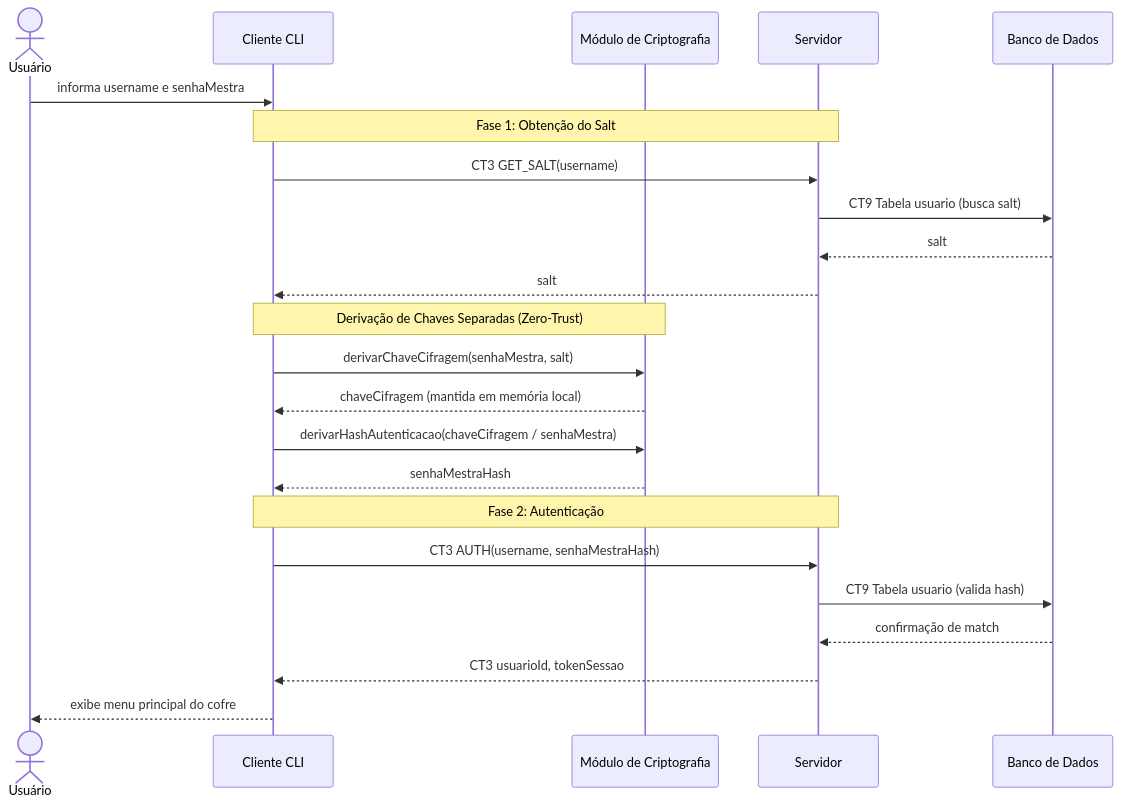
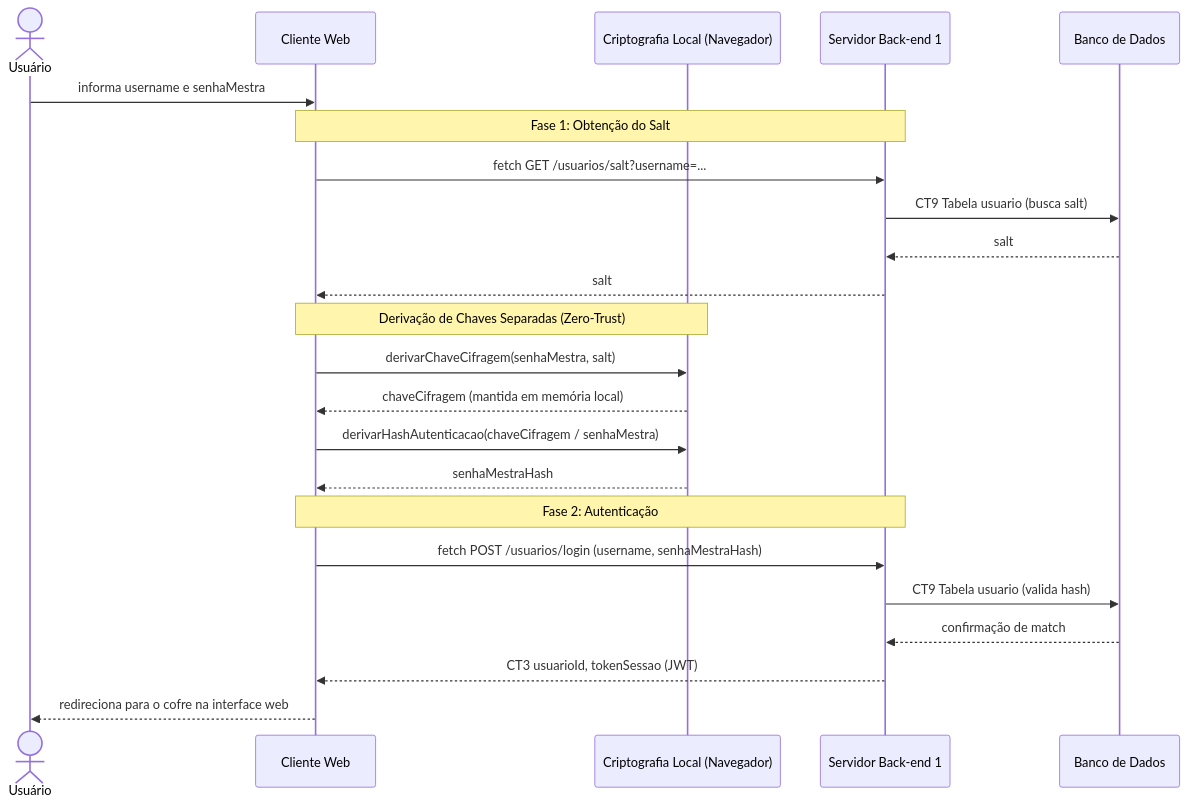
One commit to egili/pi4-0101-g6-frontend changed the diagram in docs/fluxos/E3-autenticacao.md. Above: the diagram before and after it, drawn with Mermaid. The commit also changed other lines of this file and 11 other files, not shown here.

Commit message:
fix(cliente): remove referencias a CLI e consolida front-end web com API e cifragem local (refs #834, TASK H05.3)

````diff
--- a/docs/fluxos/E3-autenticacao.md
+++ b/docs/fluxos/E3-autenticacao.md
@@ -22,28 +22,28 @@
 ```mermaid
 sequenceDiagram
     actor U as Usuário
-    participant C as Cliente CLI
-    participant CM as Módulo de Criptografia
-    participant S as Servidor
+    participant C as Cliente Web
+    participant CM as Criptografia Local (Navegador)
+    participant S as Servidor Back-end 1
     participant DB as Banco de Dados
 
     U->>C: informa username e senhaMestra
     Note over C,S: Fase 1: Obtenção do Salt
-    C->>S: CT3 GET_SALT(username)
+    C->>S: fetch GET /usuarios/salt?username=...
     S->>DB: CT9 Tabela usuario (busca salt)
     DB-->>S: salt
     S-->>C: salt
     
     Note over C,CM: Derivação de Chaves Separadas (Zero-Trust)
     C->>CM: derivarChaveCifragem(senhaMestra, salt)
     CM-->>C: chaveCifragem (mantida em memória local)
     C->>CM: derivarHashAutenticacao(chaveCifragem / senhaMestra)
     CM-->>C: senhaMestraHash
 
     Note over C,S: Fase 2: Autenticação
-    C->>S: CT3 AUTH(username, senhaMestraHash)
+    C->>S: fetch POST /usuarios/login (username, senhaMestraHash)
     S->>DB: CT9 Tabela usuario (valida hash)
     DB-->>S: confirmação de match
-    S-->>C: CT3 usuarioId, tokenSessao
-    C-->>U: exibe menu principal do cofre
+    S-->>C: CT3 usuarioId, tokenSessao (JWT)
+    C-->>U: redireciona para o cofre na interface web
 ```
````
